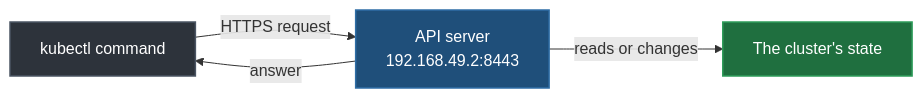
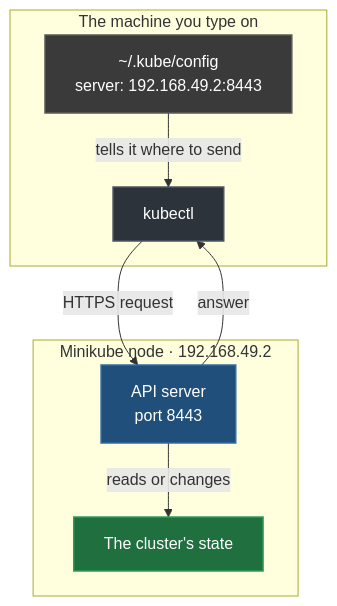
The third of 6 diagrams in 08-Kubernetes/04-Running-A-Local-Cluster.md (Dummy-Bug/Devops), drawn with Mermaid before and after one commit. The commit also changed other lines of this file and 13 other files, not shown here.

````diff
--- a/08-Kubernetes/04-Running-A-Local-Cluster.md
+++ b/08-Kubernetes/04-Running-A-Local-Cluster.md
@@ -150,12 +171,19 @@
 ```mermaid
-flowchart LR
-    K["kubectl command"] -->|"HTTPS request"| API["API server<br/>192.168.49.2:8443"]
-    API -->|"reads or changes"| C["The cluster's state"]
+flowchart TD
+    subgraph YOU["The machine you type on"]
+        CFG["~/.kube/config<br/>server: 192.168.49.2:8443"] -->|"tells it where to send"| K["kubectl"]
+    end
+    K -->|"HTTPS request"| API
     API -->|"answer"| K
+    subgraph NODE["Minikube node · 192.168.49.2"]
+        API["API server<br/>port 8443"] -->|"reads or changes"| C["The cluster's state"]
+    end
     classDef mech fill:#1f4f7a,stroke:#2f6ea6,stroke-width:1.5px,color:#fff
     classDef actor fill:#2d333b,stroke:#4b5563,stroke-width:1.5px,color:#fff
     classDef good fill:#1f6f3f,stroke:#2e9c5a,stroke-width:1.5px,color:#fff
+    classDef inert fill:#3a3a3a,stroke:#5a5a5a,stroke-width:1.5px,color:#fff
     class K actor
+    class CFG inert
     class API mech
     class C good
 ```
````
